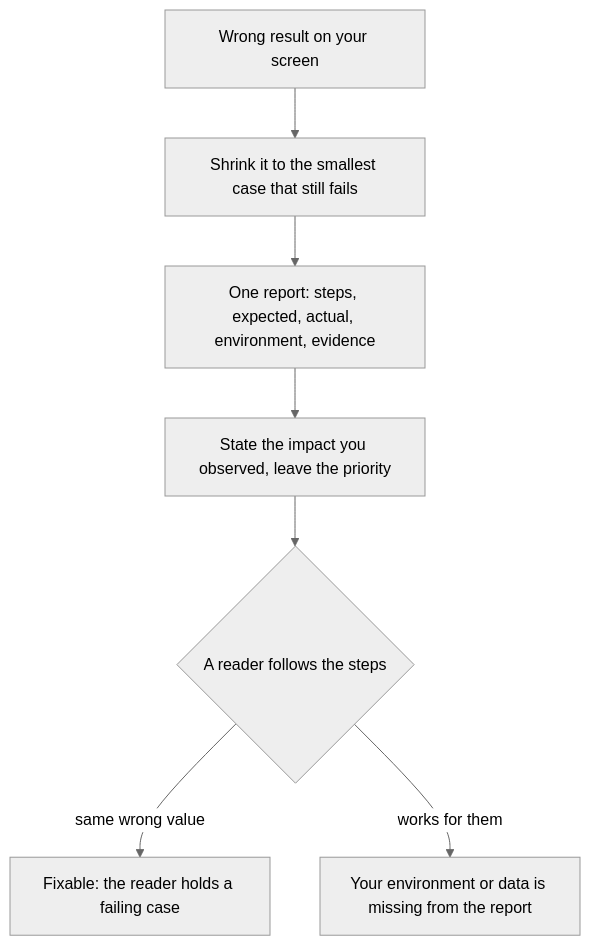
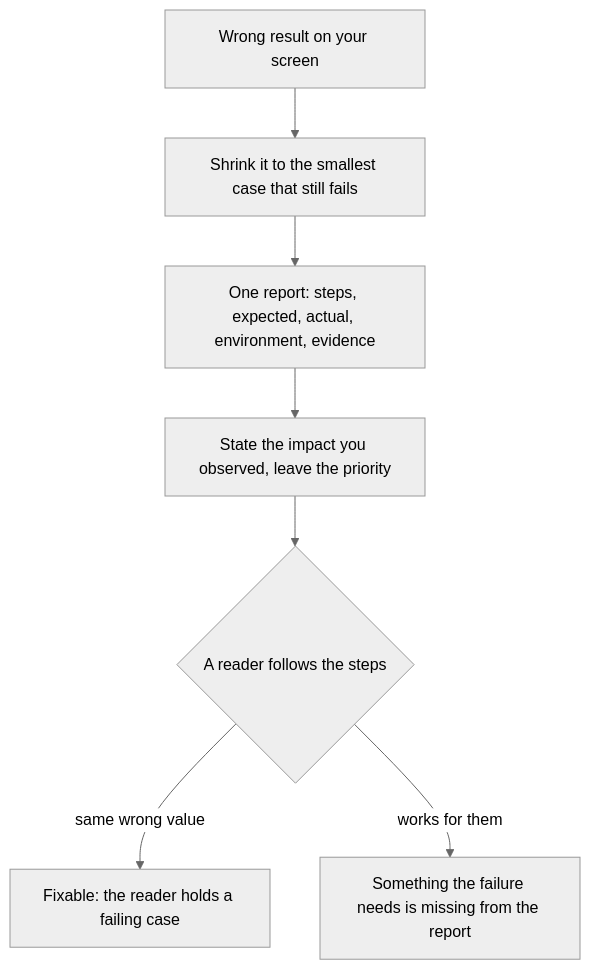
Before and after one commit to duyan11110/lo-trinh-architect: the diagram in content/tracks/foundation/craft/foundation.l2.writing-bug-reports.en.md, drawn with Mermaid (neutral theme). The commit also changed other lines of this file and 314 other files, not shown here.

````diff
--- a/content/tracks/foundation/craft/foundation.l2.writing-bug-reports.en.md
+++ b/content/tracks/foundation/craft/foundation.l2.writing-bug-reports.en.md
@@ -42,9 +42,9 @@
 ```mermaid
 flowchart TD
   O["Wrong result on your screen"] --> S["Shrink it to the smallest case that still fails"]
   S --> W["One report: steps, expected, actual, environment, evidence"]
   W --> I["State the impact you observed, leave the priority"]
   I --> C{"A reader follows the steps"}
   C -->|same wrong value| F["Fixable: the reader holds a failing case"]
-  C -->|works for them| M["Your environment or data is missing from the report"]
+  C -->|works for them| M["Something the failure needs is missing from the report"]
 ```
````
